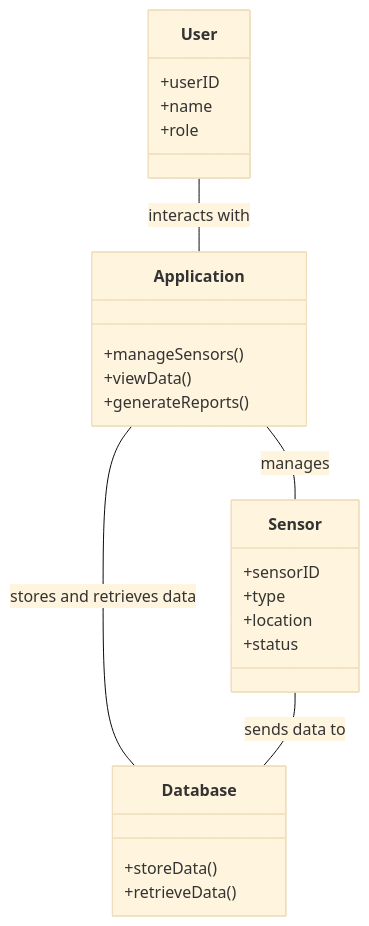
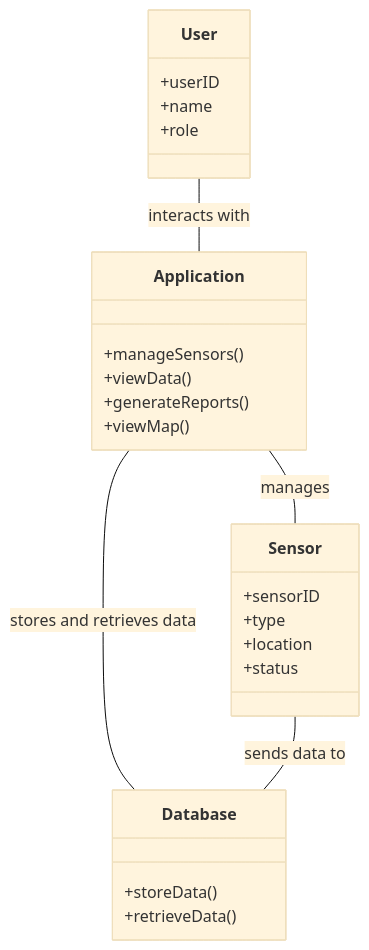
Before and after one commit to Software-Engineering-Group-3-2025/SET09102_CW: the diagram in UMLSystemDesign.mmd, drawn with Mermaid (base theme).

Commit message:
Added viewMap function to UMLSystemDesign.mmd

```diff
--- a/UMLSystemDesign.mmd
+++ b/UMLSystemDesign.mmd
@@ -1,42 +1,43 @@
 classDiagram
     class User {
         +userID
         +name
         +role
     }
 
     class Sensor {
         +sensorID
         +type
         +location
         +status
     }
 
     class Database {
         +storeData()
         +retrieveData()
     }
 
     class Application {
         +manageSensors()
         +viewData()
         +generateReports()
+        +viewMap()
     }
 
     User -- Application : interacts with
     Application -- Sensor : manages
     Application -- Database : stores and retrieves data
     Sensor -- Database : sends data to
 
     %% Created using chatGPT, Basic diagram to start of. 
     %% Diagram is not complete and will need to be updated.
     
     %% list of classes and their attributes that where created using chatGPT
     %% User: userID, name, role
     %% Sensor: sensorID, type, location, status
     %% Database: storeData(), retrieveData()
     %% Application: manageSensors(), viewData(), generateReports()
     %% User interacts with Application
     %% Application manages Sensor
     %% Application stores and retrieves data from Database
     %% Sensor sends data to Database
```
